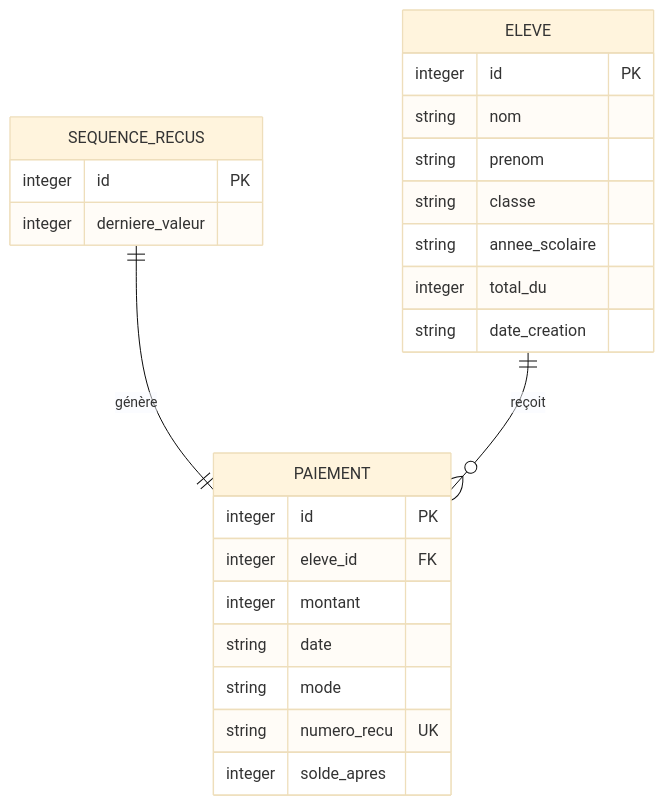
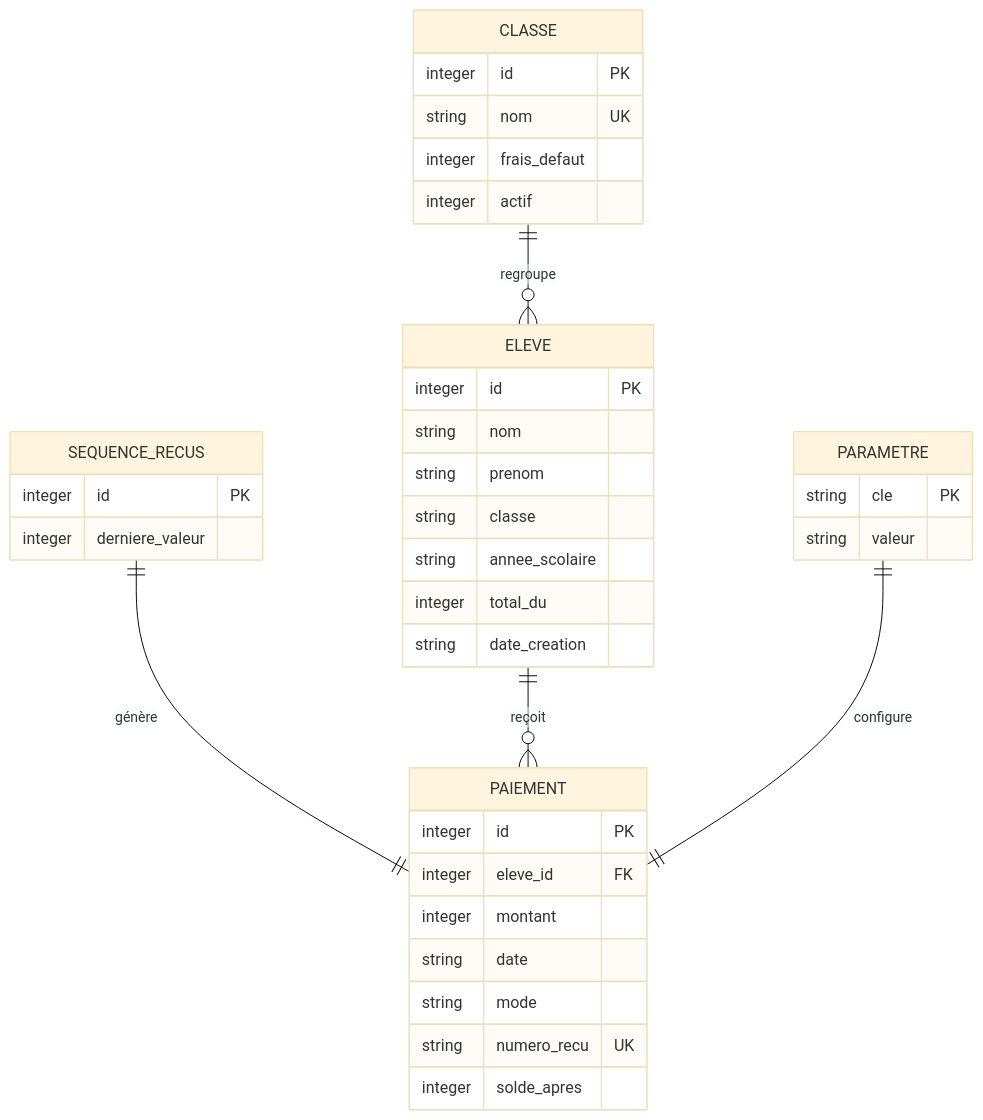
One commit to AGBOFIN/Ed_pay changed the diagram in docs/schema.md. Above: the diagram before and after it, drawn with Mermaid (base theme). The commit also changed other lines of this file and 4 other files, not shown here.

Commit message:
Ajoute les tables parametre et classe avec une migration idempotente

````diff
--- a/docs/schema.md
+++ b/docs/schema.md
@@ -5,31 +5,47 @@
 ```mermaid
 erDiagram
     SEQUENCE_RECUS ||--|| PAIEMENT : génère
     
     ELEVE ||--o{ PAIEMENT : reçoit
+    
+    CLASSE ||--o{ ELEVE : regroupe
+    
+    PARAMETRE ||--|| PAIEMENT : configure
     
     SEQUENCE_RECUS {
         integer id PK
         integer derniere_valeur
     }
     
     ELEVE {
         integer id PK
         string nom
         string prenom
         string classe
         string annee_scolaire
         integer total_du
         string date_creation
     }
     
     PAIEMENT {
         integer id PK
         integer eleve_id FK
         integer montant
         string date
         string mode
         string numero_recu UK
         integer solde_apres
     }
+    
+    CLASSE {
+        integer id PK
+        string nom UK
+        integer frais_defaut
+        integer actif
+    }
+    
+    PARAMETRE {
+        string cle PK
+        string valeur
+    }
 ```
````
